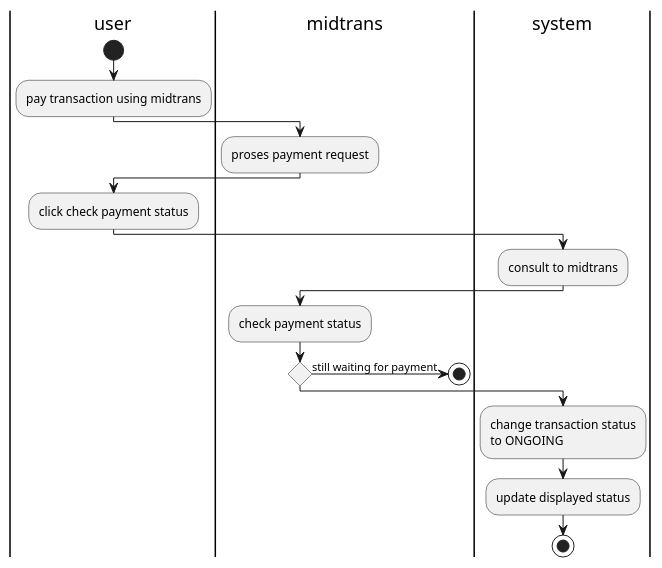
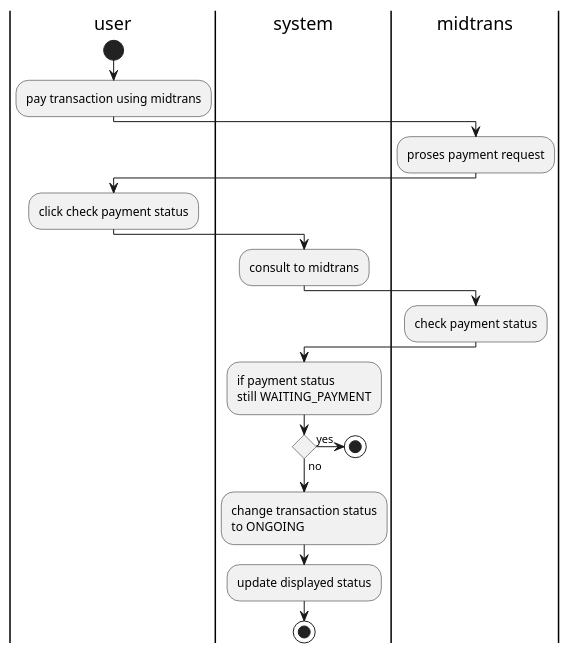
The diagram in uml diagram/activity diagram/transaction/pay transaction.pu (aldihsuhandi/skripsi-2023), drawn with PlantUML before and after one commit. The commit also changed 15 other files, not shown here.

Commit message:
add missing true false annotations in activity diagram

```diff
--- a/uml diagram/activity diagram/transaction/pay transaction.pu
+++ b/uml diagram/activity diagram/transaction/pay transaction.pu
@@ -1,23 +1,28 @@
 @startuml pay trx
 
 |user|
 start
 :pay transaction using midtrans;
+|system|
 |midtrans|
 :proses payment request;
 |user|
 :click check payment status;
 |system|
 :consult to midtrans;
 |midtrans|
 :check payment status;
-if() then(still waiting for payment)
-stop
+|system|
+:if payment status 
+still WAITING_PAYMENT;
+if() then(yes)
+    stop
+else (no)
 endif
 |system|
 :change transaction status\nto ONGOING;
 :update displayed status;
 stop
 
 
 @enduml
```
